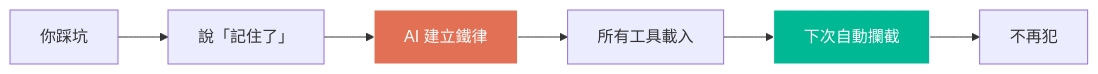
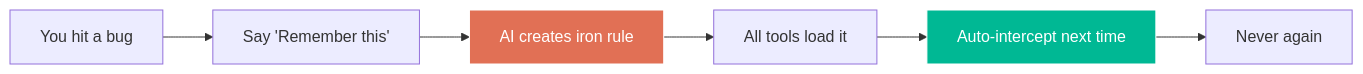
One commit to miou1107/ownmind changed the third of 4 diagrams in README.md. Above: the diagram before and after it, drawn with Mermaid. The commit also changed other lines of this file and 2 other files, not shown here.

````diff
--- a/README.md
+++ b/README.md
@@ -62,11 +71,11 @@
 ```mermaid
 graph LR
-    A["你踩坑"] --> B["說「記住了」"]
-    B --> C["AI 建立鐵律"]
-    C --> D["所有工具載入"]
-    D --> E["下次自動攔截"]
-    E --> F["不再犯"]
+    A["You hit a bug"] --> B["Say 'Remember this'"]
+    B --> C["AI creates iron rule"]
+    C --> D["All tools load it"]
+    D --> E["Auto-intercept next time"]
+    E --> F["Never again"]
 
     style C fill:#E17055,stroke:#fff,color:#fff
     style E fill:#00B894,stroke:#fff,color:#fff
 ```
````
